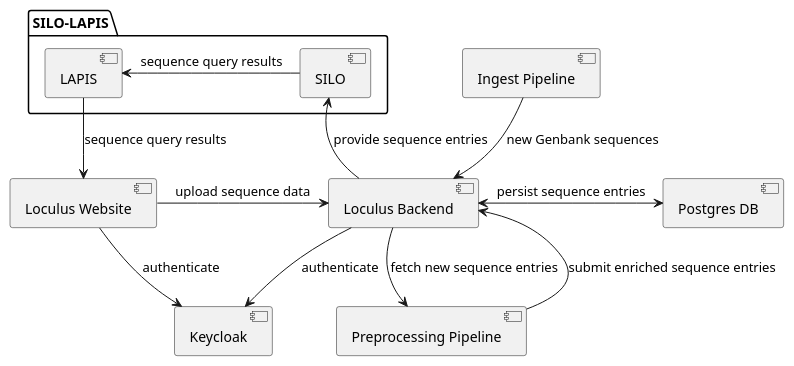
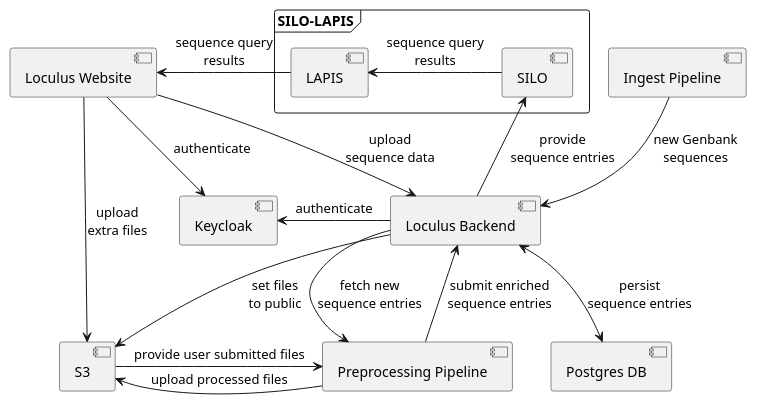
One commit to loculus-project/loculus changed the diagram in backend/docs/plantuml/architectureOverview.puml. Above: the diagram before and after it, drawn with PlantUML. The commit also changed 13 other files, not shown here.

```diff
--- a/backend/docs/plantuml/architectureOverview.puml
+++ b/backend/docs/plantuml/architectureOverview.puml
@@ -1,30 +1,40 @@
 @startuml
 
-folder SILO-LAPIS {
+component "Loculus Website" as Website
+
+together {
+    component "Loculus Backend" as Backend
+    component Keycloak
+}
+
+component "Postgres DB" as Postgres
+component S3
+
+component "Preprocessing Pipeline" as Preprocessing
+component "Ingest Pipeline" as Ingest
+
+
+frame SILO-LAPIS {
     component SILO
     component LAPIS
 }
 
-component "Loculus Website" as Website
-component "Loculus Backend" as Backend
-component "Postgres DB" as Postgres
+Website --> Keycloak : authenticate
+Backend -left-> Keycloak : authenticate
 
-component "Preprocessing Pipeline" as Preprocessing
-component "Ingest Pipeline" as Ingest
+Website -down-> Backend : upload\nsequence data
+Backend --> Preprocessing : fetch new\nsequence entries
+Backend <-- Preprocessing : submit enriched\nsequence entries
+Backend <--> Postgres : persist\nsequence entries
+Ingest --> Backend : new Genbank\nsequences
 
-component Keycloak
+Backend -up-> SILO: provide\nsequence entries
+LAPIS -left-> Website : sequence query\nresults
+LAPIS <-right- SILO : sequence query\nresults
 
-Website --> Keycloak : authenticate
-Backend --> Keycloak : authenticate
-
-Website -> Backend : upload sequence data
-Backend <-> Postgres : persist sequence entries
-Backend --> Preprocessing : fetch new sequence entries
-Backend <-- Preprocessing : submit enriched sequence entries
-Ingest --> Backend : new Genbank sequences
-
-SILO <-- Backend : provide sequence entries
-LAPIS --> Website : sequence query results
-LAPIS <- SILO : sequence query results
+Website -> S3: upload\nextra files
+Backend --> S3: set files\nto public
+S3 -right-> Preprocessing: provide user submitted files
+Preprocessing -left-> S3: upload processed files
 
 @enduml
```
